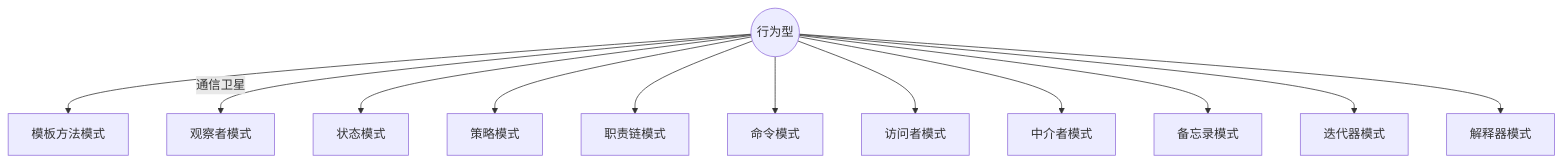
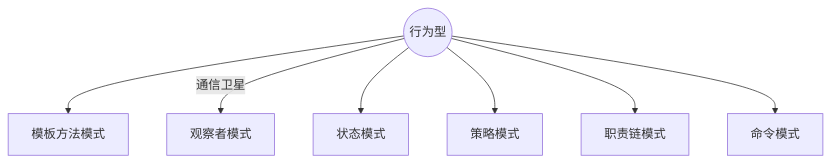
Before and after one commit to kangduu/Javascript-Design-Pattern: the third of 6 diagrams in README.md, drawn with Mermaid. The commit also changed other lines of this file, not shown here.

Commit message:
design pattern

````diff
--- a/README.md
+++ b/README.md
@@ -31,15 +31,10 @@
 ```mermaid
 graph TB
 C((行为型))
 	C --> c1[模板方法模式]
 	C -- 通信卫星 --> c2[观察者模式]
 	C --> c3[状态模式]
 	C --> c4[策略模式]
 	C --> c5[职责链模式]
 	C --> c6[命令模式]
-	C --> c7[访问者模式]
-	C --> c8[中介者模式]
-	C --> c9[备忘录模式]
-	C --> c10[迭代器模式]
-	C --> c11[解释器模式]
 ```
````
